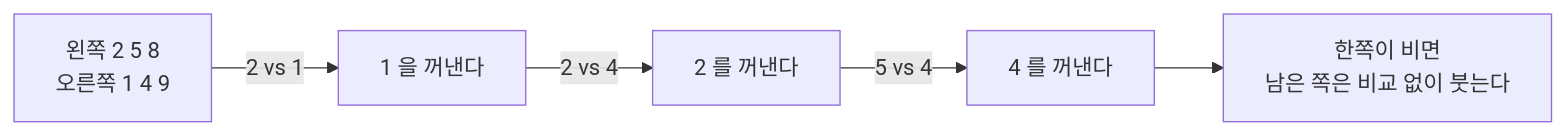
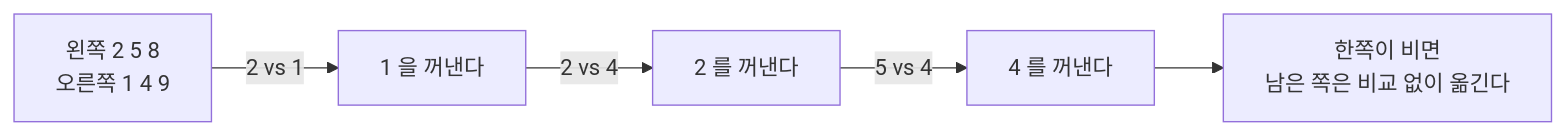
The fourth of 10 diagrams in report/REPORT.md (SungHyuk108/Advanced_algorithm_SungHyukKim_Comparing_Sorting), drawn with Mermaid before and after one commit. The commit also changed other lines of this file and 1 other file, not shown here.

````diff
--- a/report/REPORT.md
+++ b/report/REPORT.md
@@ -203,7 +204,7 @@
 ```mermaid
 flowchart LR
     A["왼쪽 2 5 8<br/>오른쪽 1 4 9"] -->|"2 vs 1"| B["1 을 꺼낸다"]
     B -->|"2 vs 4"| C["2 를 꺼낸다"]
     C -->|"5 vs 4"| D["4 를 꺼낸다"]
-    D --> E["한쪽이 비면<br/>남은 쪽은 비교 없이 붓는다"]
+    D --> E["한쪽이 비면<br/>남은 쪽은 비교 없이 옮긴다"]
 ```
````
